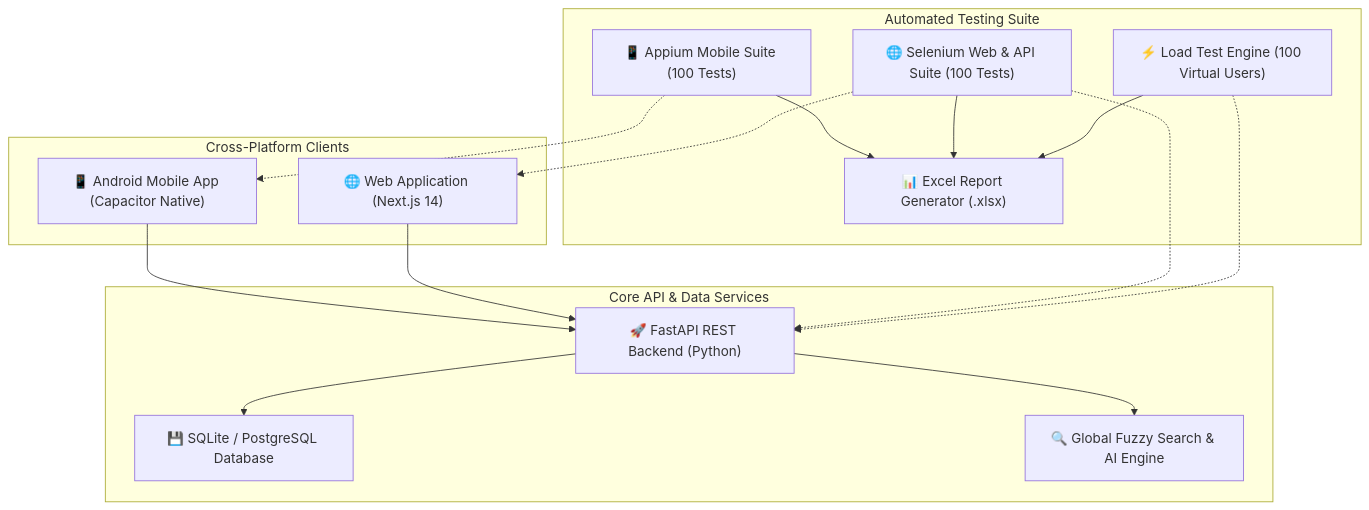
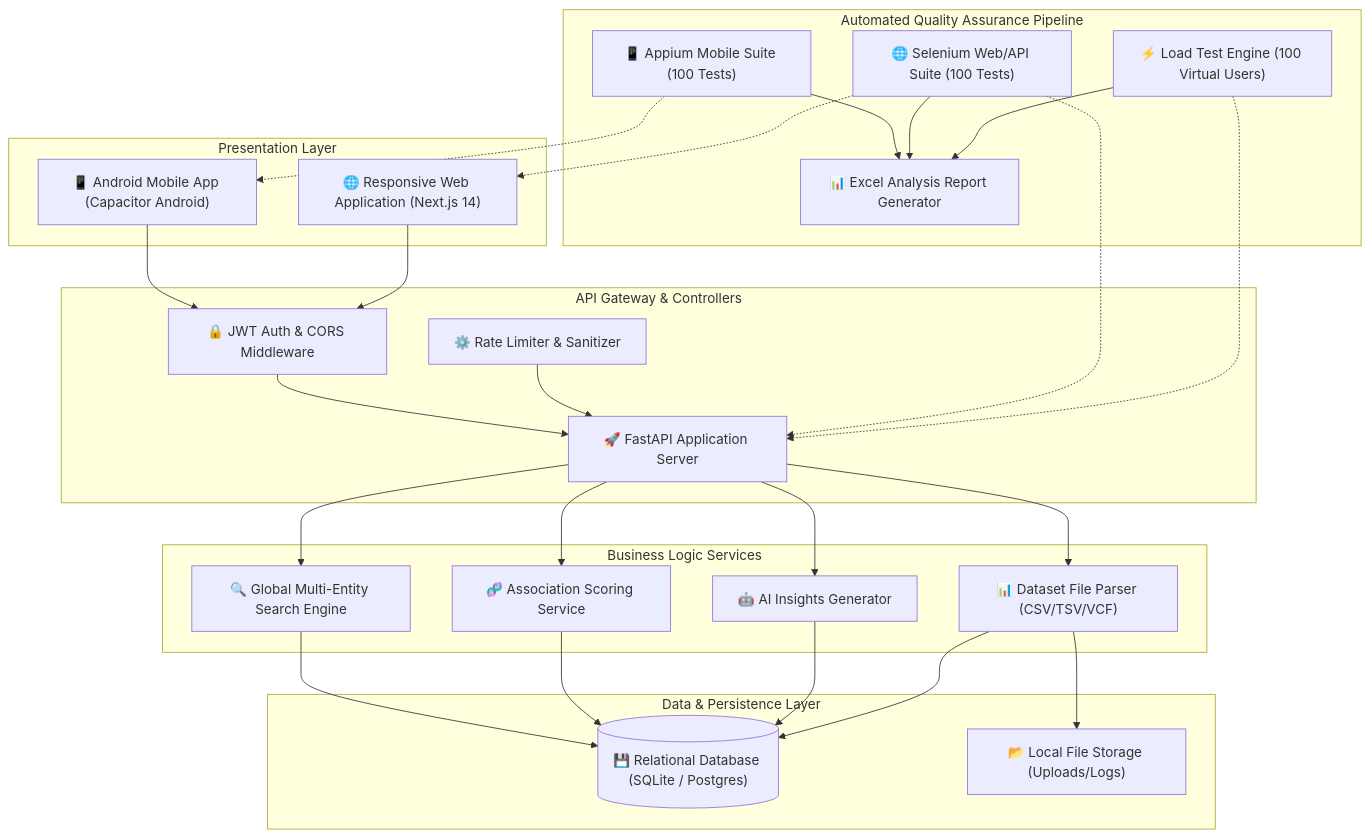
The first of 3 diagrams in README.md (Rosi87g/FinalDiseaseGene), drawn with Mermaid before and after one commit. The commit also changed other lines of this file, not shown here.

Commit message:
Update README.md with complete project overview, architecture, API reference, mobile build guide, and test suite

````diff
--- a/README.md
+++ b/README.md
@@ -35,33 +81,56 @@
 ```mermaid
 flowchart TD
-    subgraph Clients["Cross-Platform Clients"]
-        A["📱 Android Mobile App (Capacitor Native)"]
-        B["🌐 Web Application (Next.js 14)"]
+    subgraph Clients["Presentation Layer"]
+        A["📱 Android Mobile App (Capacitor Android)"]
+        B["🌐 Responsive Web Application (Next.js 14)"]
     end
 
-    subgraph Backend["Core API & Data Services"]
-        C["🚀 FastAPI REST Backend (Python)"]
-        D["💾 SQLite / PostgreSQL Database"]
-        E["🔍 Global Fuzzy Search & AI Engine"]
+    subgraph API_Gateway["API Gateway & Controllers"]
+        C["🚀 FastAPI Application Server"]
+        D["🔒 JWT Auth & CORS Middleware"]
+        E["⚙️ Rate Limiter & Sanitizer"]
     end
 
-    subgraph Testing["Automated Testing Suite"]
-        F["📱 Appium Mobile Suite (100 Tests)"]
-        G["🌐 Selenium Web & API Suite (100 Tests)"]
-        H["⚡ Load Test Engine (100 Virtual Users)"]
-        I["📊 Excel Report Generator (.xlsx)"]
+    subgraph Business_Logic["Business Logic Services"]
+        F["🔍 Global Multi-Entity Search Engine"]
+        G["🧬 Association Scoring Service"]
+        H["🤖 AI Insights Generator"]
+        I["📊 Dataset File Parser (CSV/TSV/VCF)"]
     end
 
-    A --> C
-    B --> C
-    C --> D
-    C --> E
+    subgraph Data_Layer["Data & Persistence Layer"]
+        J[("💾 Relational Database (SQLite / Postgres)")]
+        K["📂 Local File Storage (Uploads/Logs)"]
+    end
 
-    F -.-> A
-    G -.-> B
-    G -.-> C
-    H -.-> C
-    F --> I
-    G --> I
-    H --> I
+    subgraph QA_Testing["Automated Quality Assurance Pipeline"]
+        L["📱 Appium Mobile Suite (100 Tests)"]
+        M["🌐 Selenium Web/API Suite (100 Tests)"]
+        N["⚡ Load Test Engine (100 Virtual Users)"]
+        O["📊 Excel Analysis Report Generator"]
+    end
+
+    A --> D
+    B --> D
+    D --> C
+    E --> C
+    C --> F
+    C --> G
+    C --> H
+    C --> I
+
+    F --> J
+    G --> J
+    H --> J
+    I --> K
+    I --> J
+
+    L -.-> A
+    M -.-> B
+    M -.-> C
+    N -.-> C
+
+    L --> O
+    M --> O
+    N --> O
 ```
````
